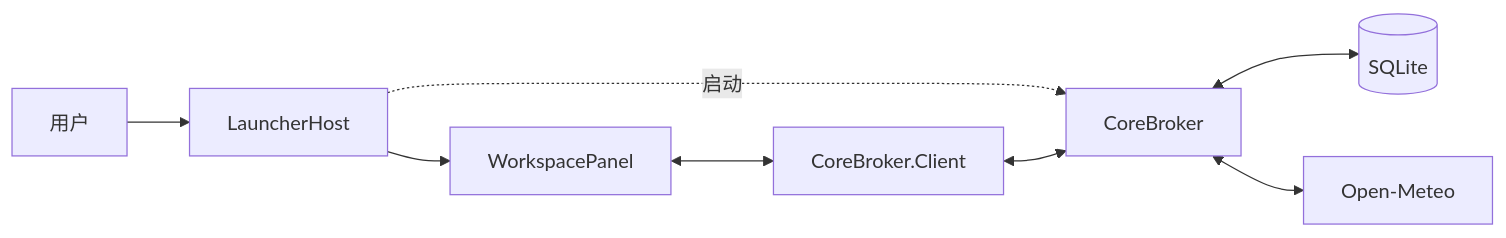
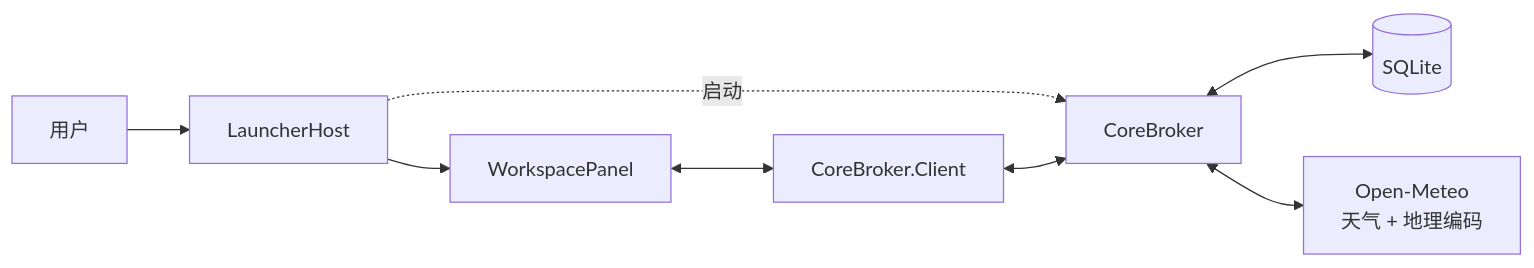
One commit to CookPiu/WinWidgetBoard changed the diagram in docs/03-technical-architecture.md. Above: the diagram before and after it, drawn with Mermaid. The commit also changed other lines of this file and 24 other files, not shown here.

````diff
--- a/docs/03-technical-architecture.md
+++ b/docs/03-technical-architecture.md
@@ -20,10 +20,10 @@
 ```mermaid
 flowchart LR
     U["用户"] --> L["LauncherHost"]
     L --> P["WorkspacePanel"]
     L -. 启动 .-> B["CoreBroker"]
     P <--> C["CoreBroker.Client"]
     C <--> B
     B <--> D[("SQLite")]
-    B <--> W["Open-Meteo"]
+    B <--> W["Open-Meteo<br/>天气 + 地理编码"]
 ```
````
